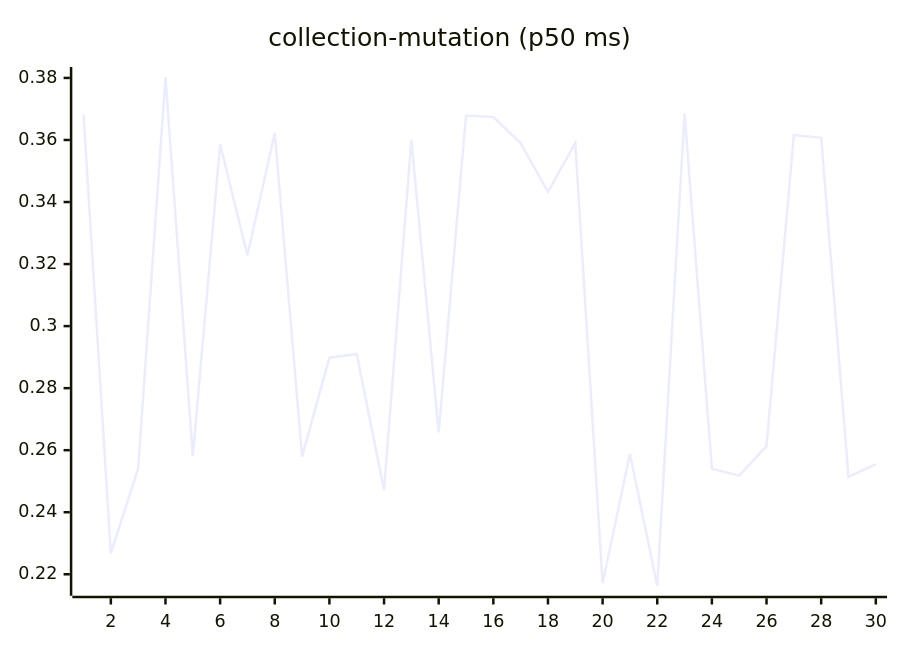
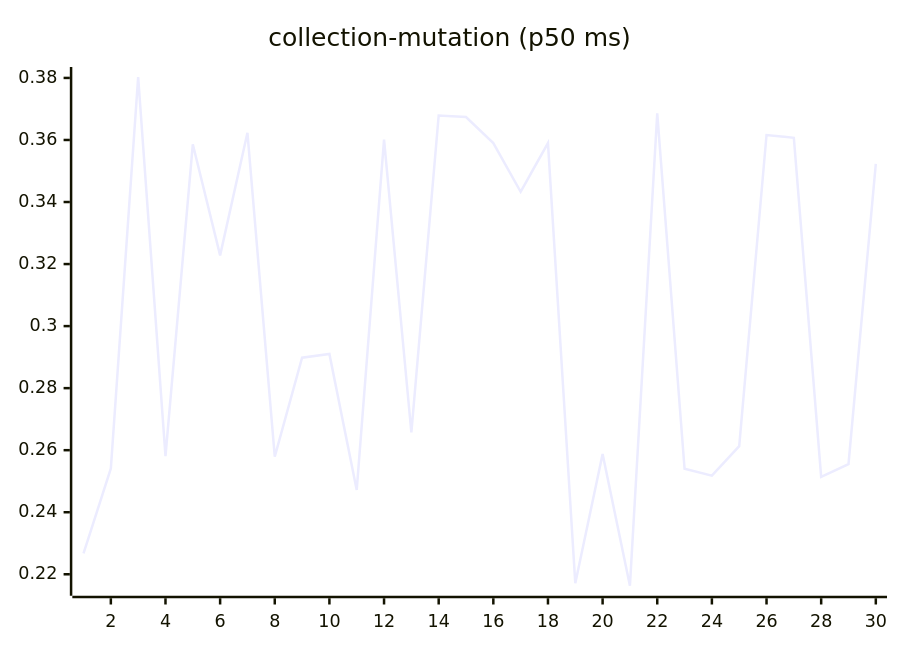
Before and after one commit to josha/Facet: the sixth of 27 diagrams in README.md, drawn with Mermaid. The commit also changed other lines of this file and 2 other files, not shown here.

````diff
--- a/README.md
+++ b/README.md
@@ -98,6 +98,6 @@
 ```mermaid
 xychart-beta
     title "collection-mutation (p50 ms)"
     x-axis 1 --> 30
-    line [0.3682, 0.2267, 0.2541, 0.3803, 0.2581, 0.3586, 0.3228, 0.3623, 0.2579, 0.2898, 0.2910, 0.2472, 0.3601, 0.2657, 0.3679, 0.3674, 0.3590, 0.3433, 0.3590, 0.2171, 0.2588, 0.2163, 0.3686, 0.2540, 0.2518, 0.2613, 0.3616, 0.3607, 0.2514, 0.2555]
+    line [0.2267, 0.2541, 0.3803, 0.2581, 0.3586, 0.3228, 0.3623, 0.2579, 0.2898, 0.2910, 0.2472, 0.3601, 0.2657, 0.3679, 0.3674, 0.3590, 0.3433, 0.3590, 0.2171, 0.2588, 0.2163, 0.3686, 0.2540, 0.2518, 0.2613, 0.3616, 0.3607, 0.2514, 0.2555, 0.3523]
 ```
````
